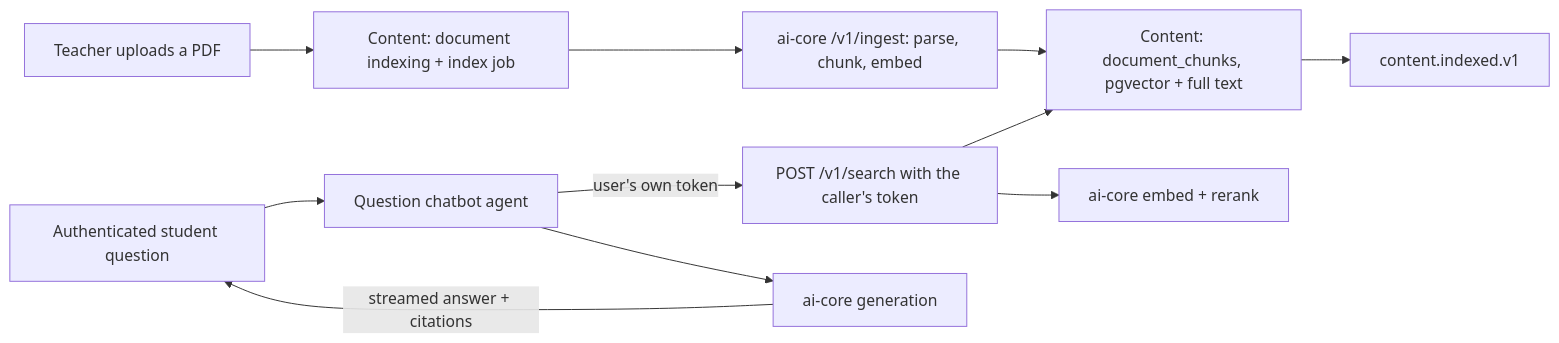
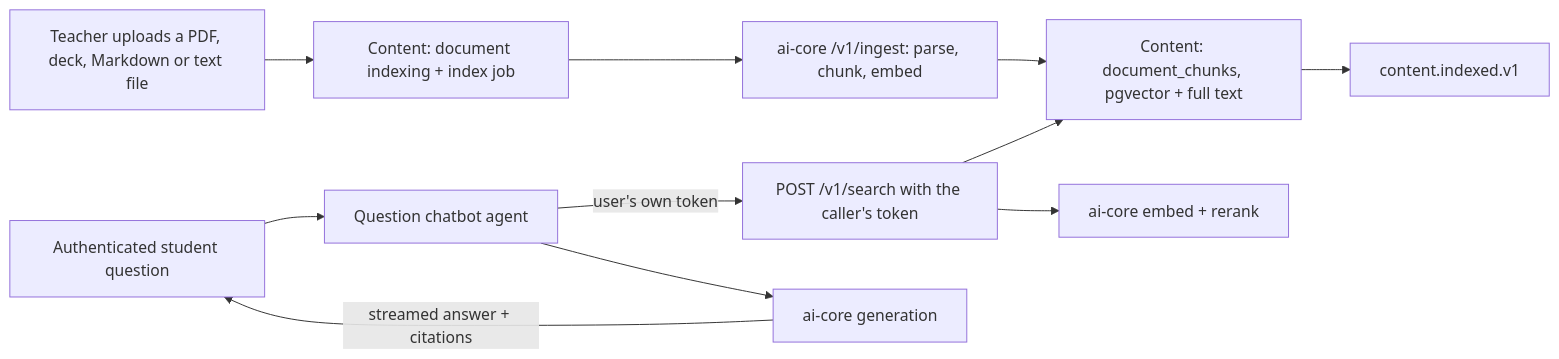
One commit to Naren3333/FSD_2026 changed the second of 2 diagrams in docs/architecture/system.md. Above: the diagram before and after it, drawn with Mermaid. The commit also changed other lines of this file and 48 other files, not shown here.

Commit message:
index pptx, markdown and text natively next to PDF

````diff
--- a/docs/architecture/system.md
+++ b/docs/architecture/system.md
@@ -77,13 +77,13 @@
 ```mermaid
 flowchart LR
-  Upload[Teacher uploads a PDF] --> Job[Content: document indexing + index job]
+  Upload[Teacher uploads a PDF, deck, Markdown or text file] --> Job[Content: document indexing + index job]
   Job --> Ingest[ai-core /v1/ingest: parse, chunk, embed]
   Ingest --> Vector[Content: document_chunks, pgvector + full text]
   Vector --> Event[content.indexed.v1]
   Search[POST /v1/search with the caller's token] --> Vector
   Search --> Rerank[ai-core embed + rerank]
   Student[Authenticated student question] --> Chat[Question chatbot agent]
   Chat -->|user's own token| Search
   Chat --> Inference[ai-core generation]
   Inference -->|streamed answer + citations| Student
 ```
````
